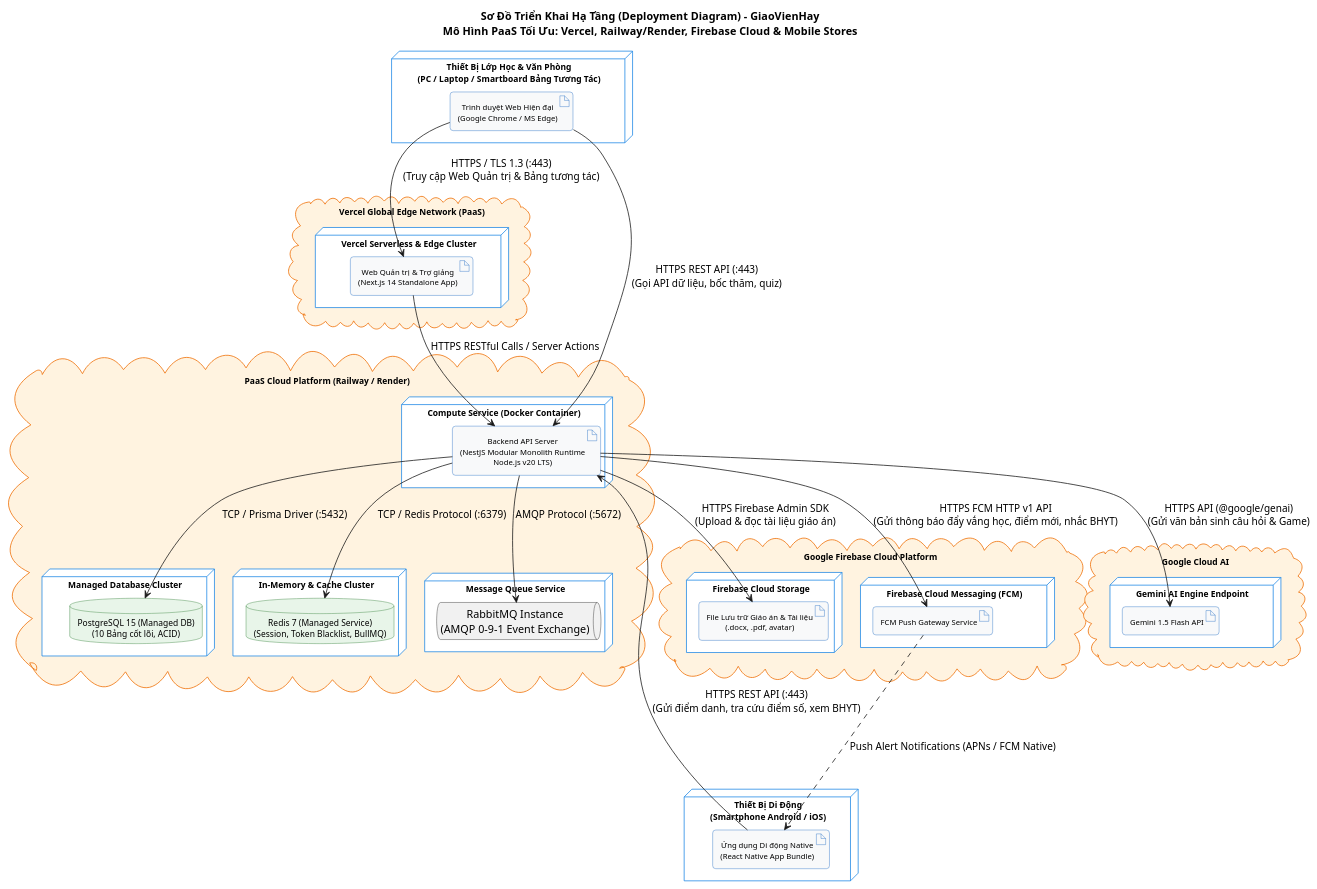
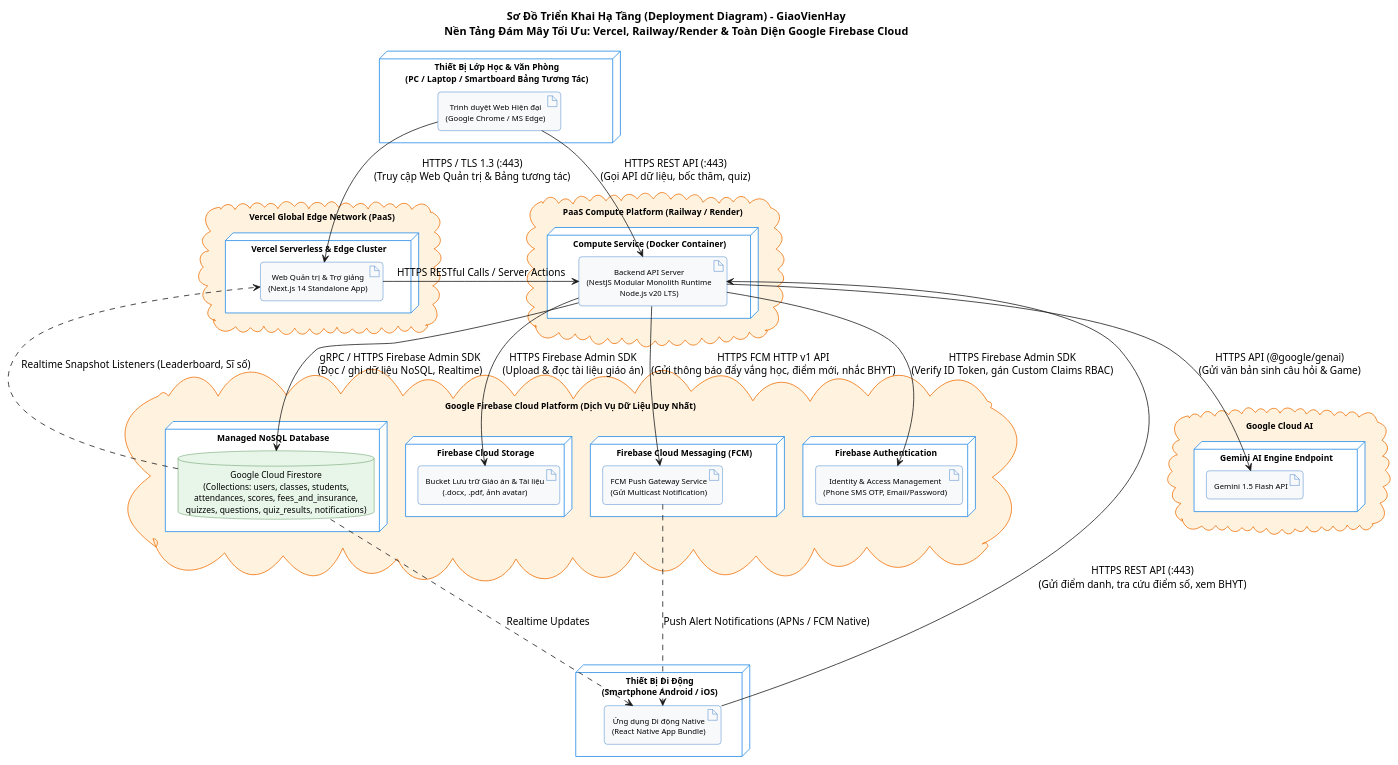
One commit to gray8493/GiaoVienHay changed the diagram in docs/diagrams/puml/deployment_diagram.puml. Above: the diagram before and after it, drawn with PlantUML. The commit also changed 14 other files, not shown here.

Commit message:
docs: add system architecture documentation, technical requirements, test rules, and PlantUML diagrams

```diff
--- a/docs/diagrams/puml/deployment_diagram.puml
+++ b/docs/diagrams/puml/deployment_diagram.puml
@@ -1,119 +1,116 @@
 @startuml
 skinparam defaultTextAlignment center
 skinparam roundCorner 8
 skinparam BoxPadding 10
 
 skinparam node {
     BackgroundColor #FFFFFF
     BorderColor #1E88E5
     FontSize 11
     FontStyle bold
 }
 
 skinparam artifact {
     BackgroundColor #F8F9FA
     BorderColor #1565C0
     FontSize 10
 }
 
 skinparam database {
     BackgroundColor #E8F5E9
     BorderColor #2E7D32
     FontSize 11
 }
 
 skinparam cloud {
     BackgroundColor #FFF3E0
     BorderColor #EF6C00
     FontSize 11
     FontStyle bold
 }
 
-title Sơ Đồ Triển Khai Hạ Tầng (Deployment Diagram) - GiaoVienHay\nMô Hình PaaS Tối Ưu: Vercel, Railway/Render, Firebase Cloud & Mobile Stores
+title Sơ Đồ Triển Khai Hạ Tầng (Deployment Diagram) - GiaoVienHay\nNền Tảng Đám Mây Tối Ưu: Vercel, Railway/Render & Toàn Diện Google Firebase Cloud
 
 ' ==============================================================================
 ' 1. THIẾT BỊ ĐẦU CUỐI (CLIENT DEVICES)
 ' ==============================================================================
 
 node "Thiết Bị Lớp Học & Văn Phòng\n(PC / Laptop / Smartboard Bảng Tương Tác)" as Device_Desktop {
     artifact "Trình duyệt Web Hiện đại\n(Google Chrome / MS Edge)" as Browser
 }
 
 node "Thiết Bị Di Động\n(Smartphone Android / iOS)" as Device_Mobile {
     artifact "Ứng dụng Di động Native\n(React Native App Bundle)" as MobileApp
 }
 
 ' ==============================================================================
-' 2. NỀN TẢNG CLOUD PAAS (VERCEL & RAILWAY / RENDER)
+' 2. NỀN TẢNG CLOUD PAAS (VERCEL & COMPUTE SERVICE)
 ' ==============================================================================
 
 cloud "Vercel Global Edge Network (PaaS)" as VercelCloud {
     node "Vercel Serverless & Edge Cluster" {
         artifact "Web Quản trị & Trợ giảng\n(Next.js 14 Standalone App)" as NextjsApp
     }
 }
 
-cloud "PaaS Cloud Platform (Railway / Render)" as PaasCloud {
+cloud "PaaS Compute Platform (Railway / Render)" as PaasCloud {
     node "Compute Service (Docker Container)" as ApiNode {
         artifact "Backend API Server\n(NestJS Modular Monolith Runtime\nNode.js v20 LTS)" as NestjsApp
-    }
-
-    node "Managed Database Cluster" as DbNode {
-        database "PostgreSQL 15 (Managed DB)\n(10 Bảng cốt lõi, ACID)" as PostgresInstance
-    }
-
-    node "In-Memory & Cache Cluster" as CacheNode {
-        database "Redis 7 (Managed Service)\n(Session, Token Blacklist, BullMQ)" as RedisInstance
-    }
-
-    node "Message Queue Service" as QueueNode {
-        queue "RabbitMQ Instance\n(AMQP 0-9-1 Event Exchange)" as RabbitInstance
     }
 }
 
 ' ==============================================================================
-' 3. HỆ SINH THÁI GOOGLE FIREBASE & EXTERNAL APIS
+' 3. HỆ SINH THÁI GOOGLE FIREBASE CLOUD PLATFORM (DATABASE & SERVICES DUY NHẤT)
 ' ==============================================================================
 
-cloud "Google Firebase Cloud Platform" as FirebaseCloud {
+cloud "Google Firebase Cloud Platform (Dịch Vụ Dữ Liệu Duy Nhất)" as FirebaseCloud {
+    node "Managed NoSQL Database" {
+        database "Google Cloud Firestore\n(Collections: users, classes, students,\nattendances, scores, fees_and_insurance,\nquizzes, questions, quiz_results, notifications)" as FirestoreInstance
+    }
+
     node "Firebase Cloud Storage" {
-        artifact "File Lưu trữ Giáo án & Tài liệu\n(.docx, .pdf, avatar)" as StorageBucket
+        artifact "Bucket Lưu trữ Giáo án & Tài liệu\n(.docx, .pdf, ảnh avatar)" as StorageBucket
     }
     
     node "Firebase Cloud Messaging (FCM)" {
-        artifact "FCM Push Gateway Service" as FcmGateway
+        artifact "FCM Push Gateway Service\n(Gửi Multicast Notification)" as FcmGateway
+    }
+
+    node "Firebase Authentication" {
+        artifact "Identity & Access Management\n(Phone SMS OTP, Email/Password)" as FirebaseAuth
     }
 }
 
 cloud "Google Cloud AI" as GoogleAI {
     node "Gemini AI Engine Endpoint" {
         artifact "Gemini 1.5 Flash API" as GeminiEndpoint
     }
 }
 
 ' ==============================================================================
 ' CÁC KẾT NỐI MẠNG & GIAO THỨC (NETWORK CONNECTIONS)
 ' ==============================================================================
 
 ' Client tương tác với Web và API
 Browser --> NextjsApp : HTTPS / TLS 1.3 (:443)\n(Truy cập Web Quản trị & Bảng tương tác)
 Browser --> NestjsApp : HTTPS REST API (:443)\n(Gọi API dữ liệu, bốc thăm, quiz)
 MobileApp --> NestjsApp : HTTPS REST API (:443)\n(Gửi điểm danh, tra cứu điểm số, xem BHYT)
 
 ' Vercel Next.js giao tiếp với Backend
 NextjsApp --> NestjsApp : HTTPS RESTful Calls / Server Actions
 
-' Backend nội bộ trong PaaS Platform (Private Network)
-NestjsApp --> PostgresInstance : TCP / Prisma Driver (:5432)
-NestjsApp --> RedisInstance : TCP / Redis Protocol (:6379)
-NestjsApp --> RabbitInstance : AMQP Protocol (:5672)
-
-' Backend kết nối Firebase Cloud
+' Backend kết nối trực tiếp Firebase Cloud (Firebase Admin SDK)
+NestjsApp --> FirestoreInstance : gRPC / HTTPS Firebase Admin SDK\n(Đọc / ghi dữ liệu NoSQL, Realtime)
 NestjsApp --> StorageBucket : HTTPS Firebase Admin SDK\n(Upload & đọc tài liệu giáo án)
 NestjsApp --> FcmGateway : HTTPS FCM HTTP v1 API\n(Gửi thông báo đẩy vắng học, điểm mới, nhắc BHYT)
+NestjsApp --> FirebaseAuth : HTTPS Firebase Admin SDK\n(Verify ID Token, gán Custom Claims RBAC)
+
+' Client đồng bộ trực tiếp với Firebase
 FcmGateway -.-> MobileApp : Push Alert Notifications (APNs / FCM Native)
+FirestoreInstance -.-> NextjsApp : Realtime Snapshot Listeners (Leaderboard, Sĩ số)
+FirestoreInstance -.-> MobileApp : Realtime Updates
 
 ' Backend kết nối AI
 NestjsApp --> GeminiEndpoint : HTTPS API (@google/genai)\n(Gửi văn bản sinh câu hỏi & Game)
 
 @enduml
```
